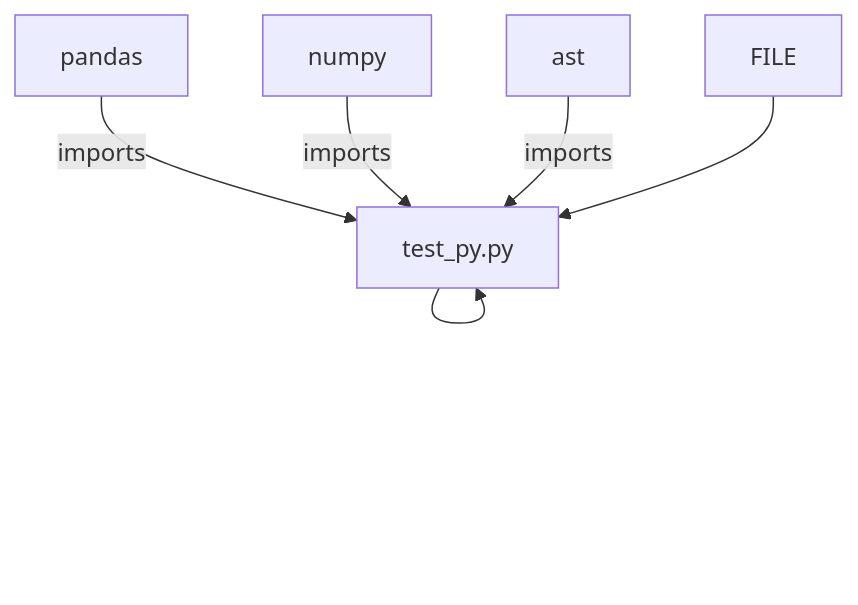
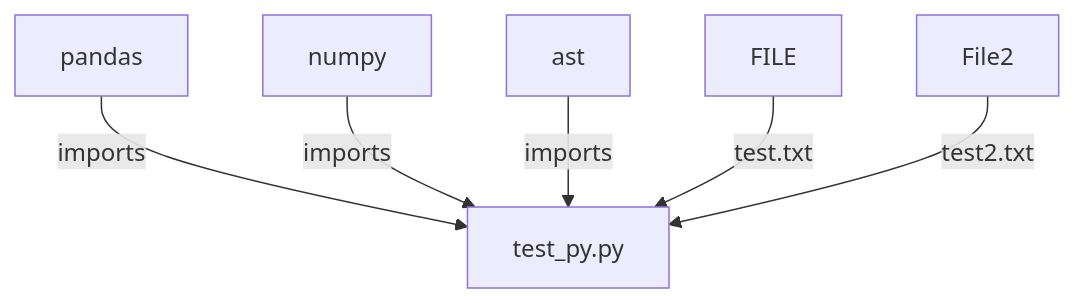
Before and after one commit to hung135/mermaid-map: the diagram in test/test_flow.md, drawn with Mermaid. The commit also changed 3 other files, not shown here.

````diff
--- a/test/test_flow.md
+++ b/test/test_flow.md
@@ -1,8 +1,8 @@
 ```mermaid
 graph TD
-pandas-->|imports|test_py.py
-numpy-->|imports|test_py.py
-ast-->|imports|test_py.py
-FILE-->test_py.py
-x-->test_py.py
+pandas-->|imports<br>|test_py.py
+numpy-->|imports<br>|test_py.py
+ast-->|imports<br>|test_py.py
+FILE-->|test.txt|test_py.py
+File2-->|test2.txt|test_py.py
 ```
````
